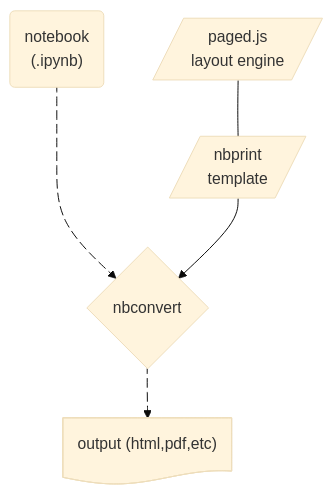
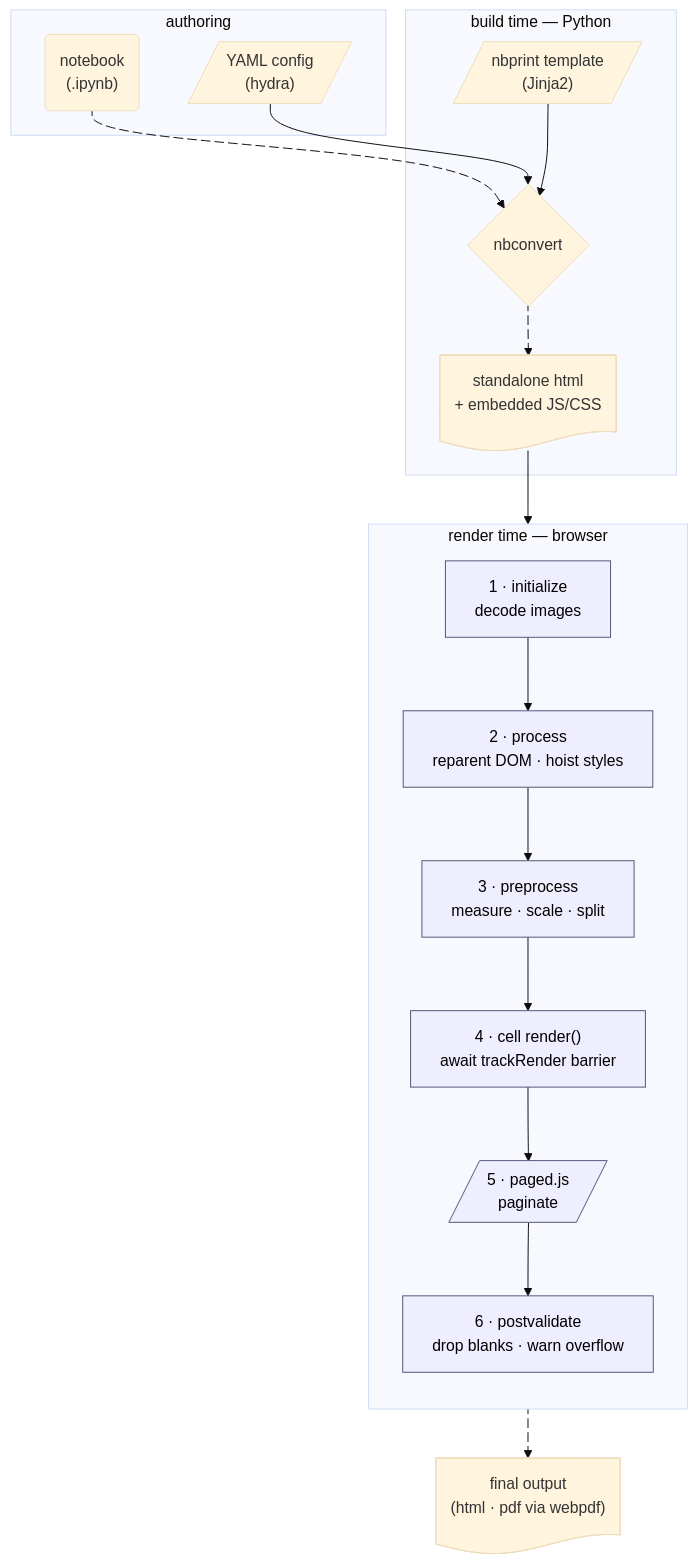
One commit to nbprint/nbprint changed the diagram in README.md. Above: the diagram before and after it, drawn with Mermaid (base theme). The commit also changed other lines of this file and 1 other file, not shown here.

Commit message:
docs(readme): richer pipeline diagram with browser-side phases
Replace the flat 4-node pipeline diagram with a 3-stage
(authoring / build time / render time) diagram that names the six
browser-side phases — initialize, process, preprocess, render
barrier, paged.js, postvalidate — matching the architecture doc's
render lifecycle section. Add a short paragraph explaining how
responsibility splits across the stages and why PDFs share the HTML
codepath (webpdf via headless Chromium).

````diff
--- a/README.md
+++ b/README.md
@@ -43,17 +43,42 @@
 ```mermaid
 graph TB
-    nb("notebook<br>(.ipynb)")
-    nbc{nbconvert}
-    nbct[/nbprint <br> template/]
-    pjs[/paged.js <br> layout engine/]
-    o@{ shape: doc, label: "output (html,pdf,etc)" }
+    subgraph author["authoring"]
+        nb("notebook<br>(.ipynb)")
+        yaml[/"YAML config<br>(hydra)"/]
+    end
 
-    nb e2@--->nbc
+    subgraph build["build time — Python"]
+        nbc{"nbconvert"}
+        nbct[/"nbprint template<br>(Jinja2)"/]
+        html@{ shape: doc, label: "standalone html<br>+ embedded JS/CSS" }
+    end
+
+    subgraph browser["render time — browser"]
+        direction TB
+        init["1 · initialize<br>decode images"]
+        proc["2 · process<br>reparent DOM · hoist styles"]
+        pre["3 · preprocess<br>measure · scale · split"]
+        esm["4 · cell render()<br>await trackRender barrier"]
+        pjs[/"5 · paged.js<br>paginate"/]
+        post["6 · postvalidate<br>drop blanks · warn overflow"]
+    end
+
+    out@{ shape: doc, label: "final output<br>(html · pdf via webpdf)" }
+
+    nb e1@--> nbc
+    yaml --> nbc
+    nbct --> nbc
+    e1@{animate: true}
+
+    nbc e2@--> html
     e2@{animate: true}
 
-    nbct --> nbc
-    pjs --- nbct
+    html --> init
+    init --> proc --> pre --> esm --> pjs --> post
 
-    nbc e3@-->o
+    post e3@--> out
     e3@{animate: true}
+
+    classDef browserPhase fill:#eef,stroke:#557,color:#000
+    class init,proc,pre,esm,pjs,post browserPhase
 ```
````
